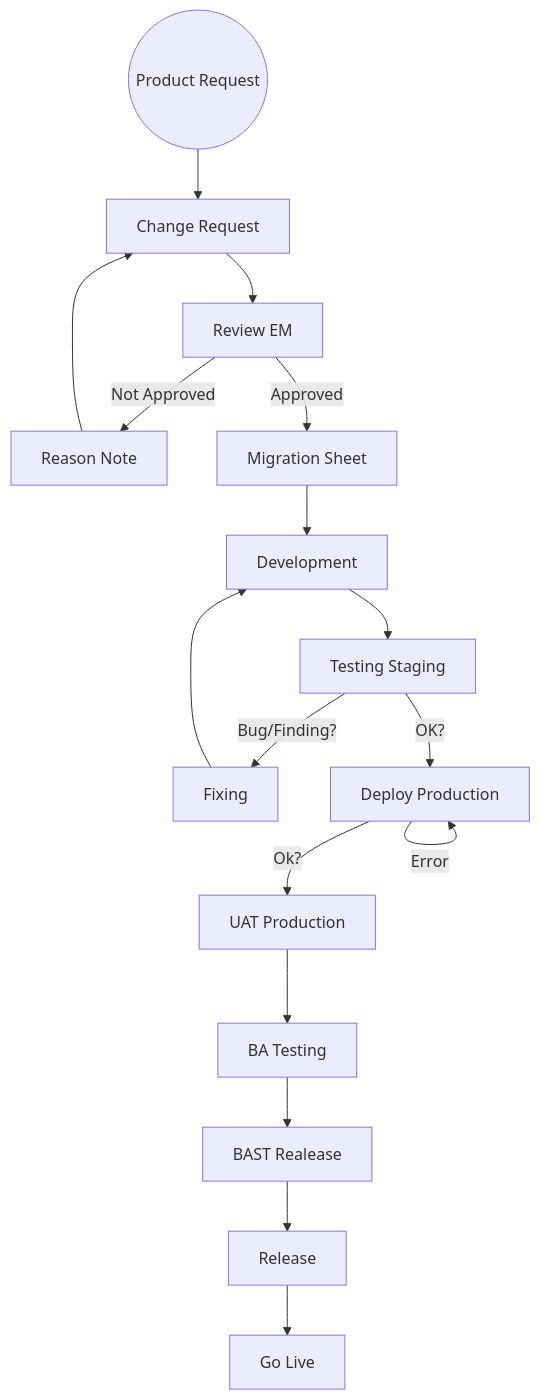
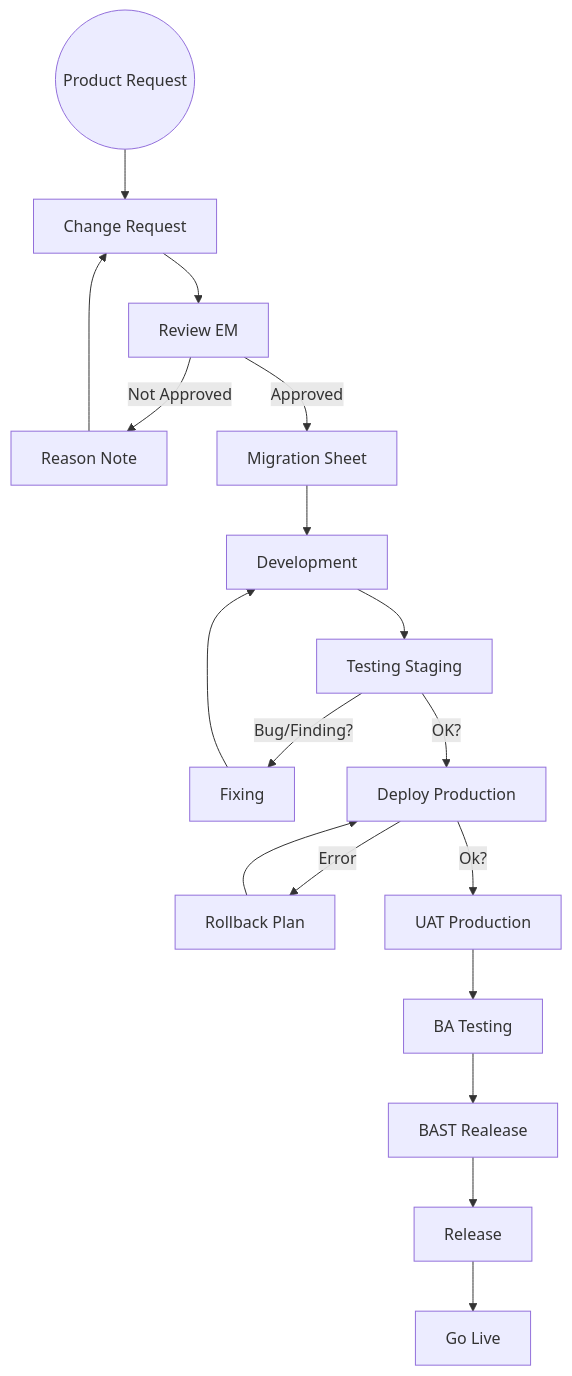
One commit to stephanialvera/grc-documentation changed the diagram in change-request-production-flow.md. Above: the diagram before and after it, drawn with Mermaid.

Commit message:
Update change-request-production-flow.md
add rollback plan

````diff
--- a/change-request-production-flow.md
+++ b/change-request-production-flow.md
@@ -1,19 +1,20 @@
 ``` mermaid
 graph TD;
     Start((Product Request)) --> CR[Change Request];
     CR --> ReviewEM[Review EM];
     ReviewEM --> |Not Approved| NoteReviewEM[Reason Note];
     NoteReviewEM --> CR;
     ReviewEM --> |Approved| MS[Migration Sheet];
     MS --> Development[Development];
     Development --> UATStg[Testing Staging];
     UATStg --> |Bug/Finding?| fixing[Fixing];
     fixing --> Development;
     UATStg--> |OK?| Deployment[Deploy Production];
-    Deployment --> |Error| Deployment;
+    Deployment --> |Error| RP[Rollback Plan];
+    RP --> Deployment;
     Deployment --> |Ok?| UATProd[UAT Production];
     UATProd --> BATest[BA Testing];
     BATest --> BAGoLive[BAST Realease];
     BAGoLive --> Release;
     Release --> GoLive[Go Live];
 ```
````
